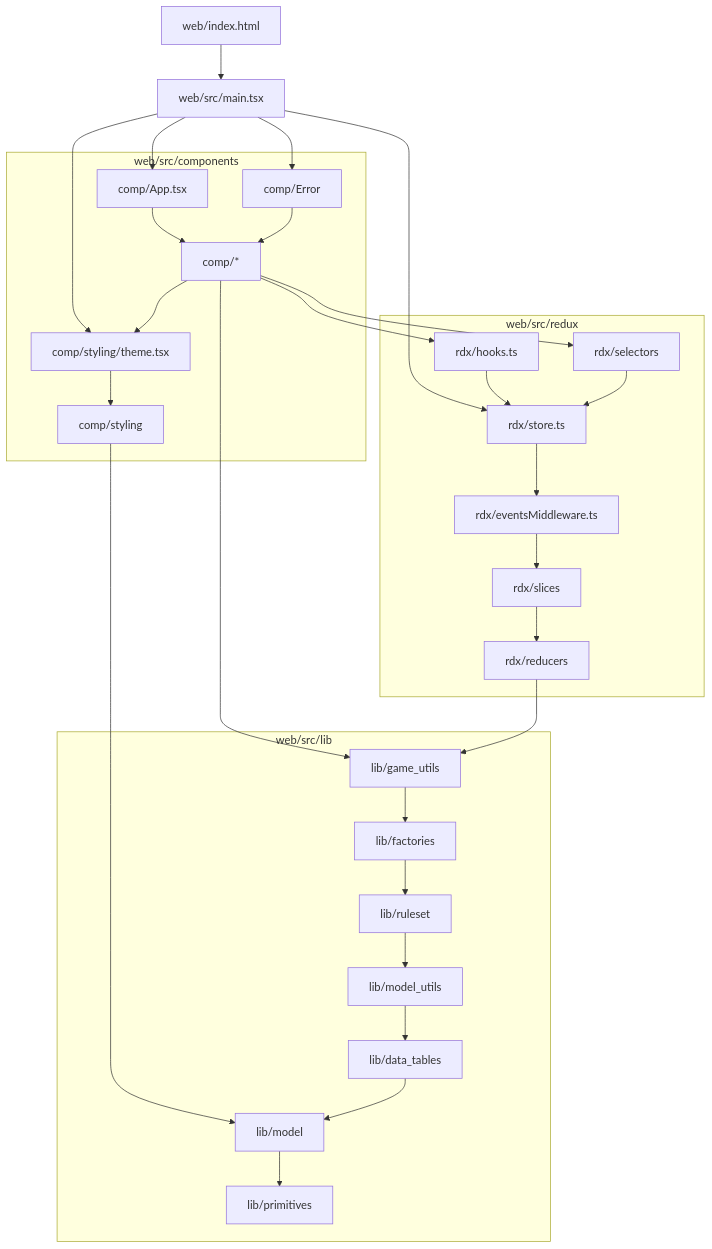
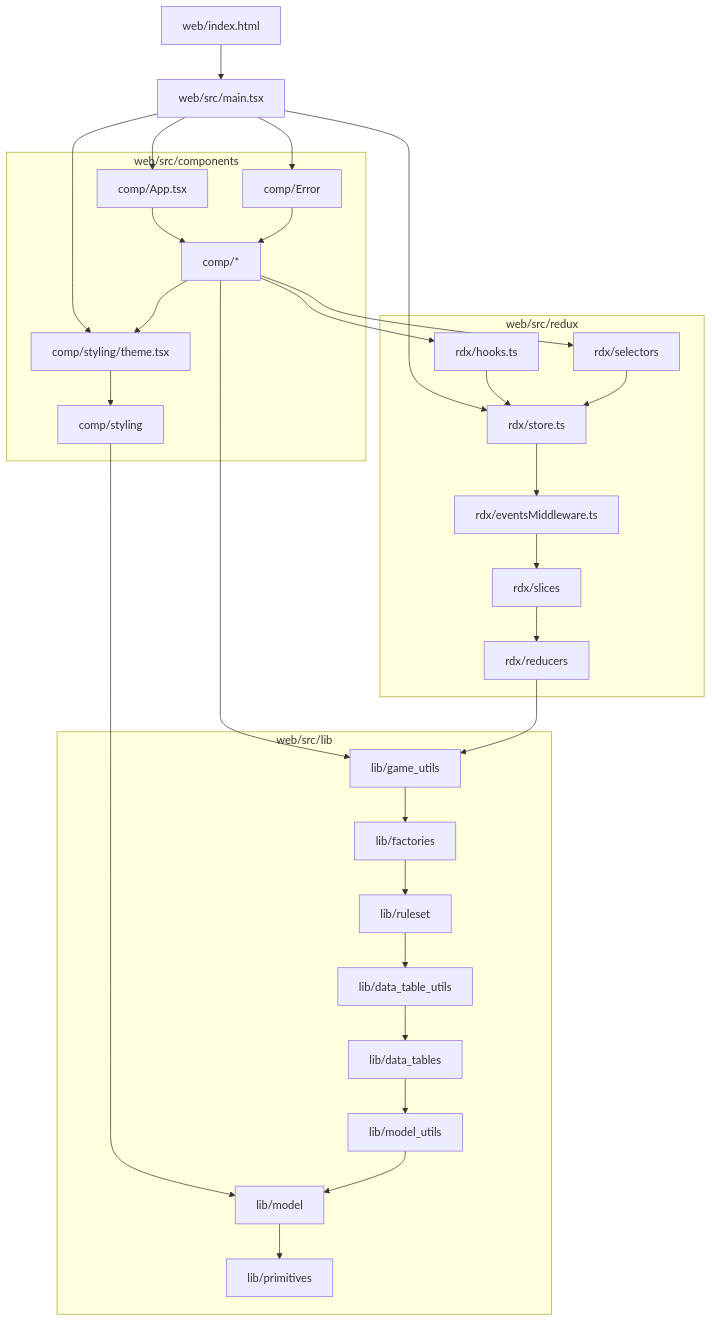
The first of 3 diagrams in docs/design/about_code_dependencies.md (konrad-jamrozik/game-ts), drawn with Mermaid before and after one commit. The commit also changed other lines of this file and 35 other files, not shown here.

````diff
--- a/docs/design/about_code_dependencies.md
+++ b/docs/design/about_code_dependencies.md
@@ -47,56 +47,58 @@
 ```mermaid
 graph TD
     IndexH[web/index.html] --> MainTs[web/src/main.tsx]
 
     subgraph "web/src/components"
         CompApp[comp/App.tsx]
         CompTheme[comp/styling/theme.tsx]
         CompErr[comp/Error]
         Comp__[comp/*]
         CompSt[comp/styling]
     end
 
     subgraph "web/src/redux"
         RdxHook[rdx/hooks.ts]
         RdxStore[rdx/store.ts]
         RdxSel[rdx/selectors]
         RdxMid[rdx/eventsMiddleware.ts]
         RdxSli[rdx/slices]
         RdxRed[rdx/reducers]
     end
 
     subgraph "web/src/lib"
         LibGam[lib/game_utils]
         LibFac[lib/factories]
         LibRul[lib/ruleset]
+        LibDataTUtils[lib/data_table_utils]
+        LibDataT[lib/data_tables]
         LibMUt[lib/model_utils]
-        LibDataT[lib/data_tables]
         LibMod[lib/model]
         LibPri[lib/primitives]
     end
 
     MainTs --> CompApp
     MainTs --> CompTheme
     MainTs --> CompErr
     MainTs --> RdxStore
     CompTheme --> CompSt
     CompApp --> Comp__
     CompErr --> Comp__
     Comp__ --> RdxHook
     Comp__ --> RdxSel
     Comp__ --> CompTheme
     Comp__ --> LibGam
     CompSt --> LibMod
     RdxStore --> RdxMid
     RdxMid --> RdxSli
     RdxSli --> RdxRed
     RdxRed --> LibGam
     RdxHook --> RdxStore
     RdxSel --> RdxStore
     LibGam --> LibFac
     LibFac --> LibRul
-    LibRul --> LibMUt
-    LibMUt --> LibDataT
-    LibDataT --> LibMod
+    LibRul --> LibDataTUtils
+    LibDataTUtils --> LibDataT
+    LibDataT --> LibMUt
+    LibMUt --> LibMod
     LibMod --> LibPri
 ```
````
